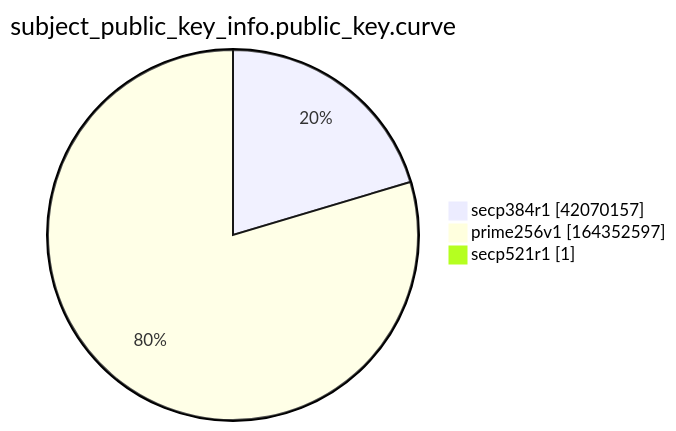
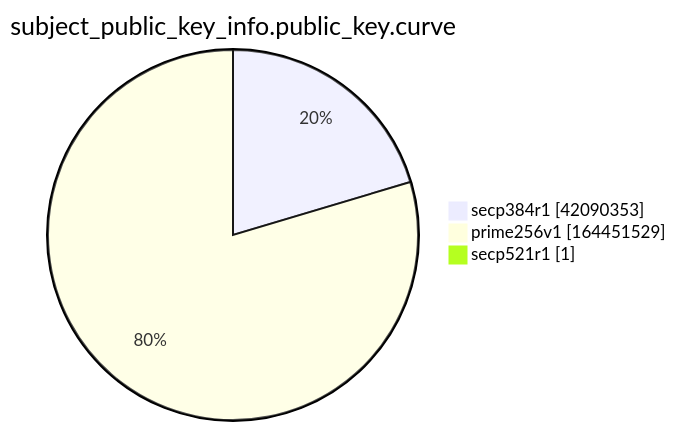
Before and after one commit to christiankrug/ctmonitor_visualization: the ninth of 15 diagrams in xenon2022/README.md, drawn with Mermaid. The commit also changed other lines of this file, not shown here.

````diff
--- a/xenon2022/README.md
+++ b/xenon2022/README.md
@@ -2869,7 +2869,7 @@
 ```mermaid
 pie showData
 title subject_public_key_info.public_key.curve
-"secp384r1" :42070157
-"prime256v1" :164352597
+"secp384r1" :42090353
+"prime256v1" :164451529
 "secp521r1" :1
 ```
````
